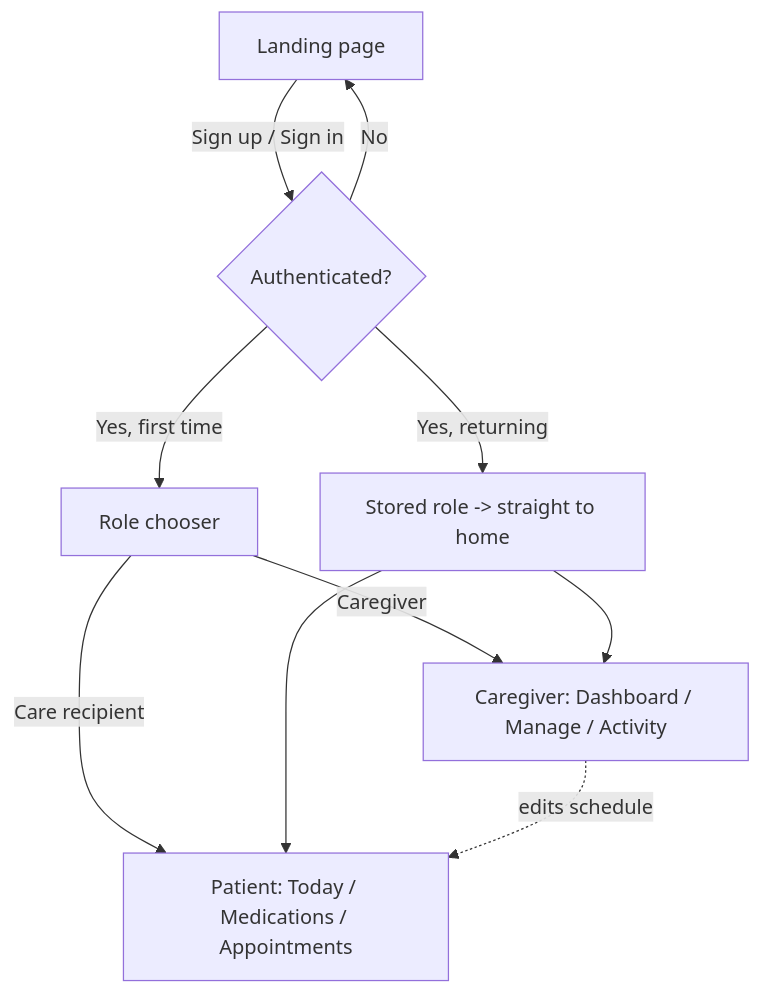
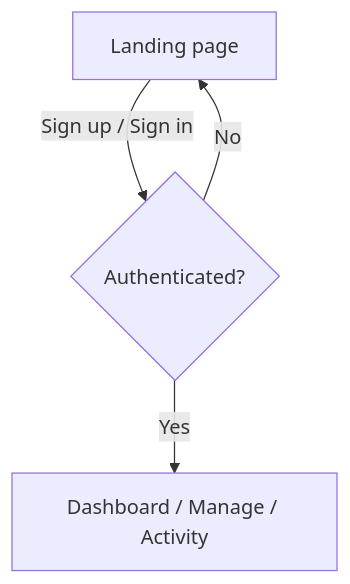
The diagram in web/README.md (LaoWai-Fi/careconnect-swen661-T1), drawn with Mermaid before and after one commit. The commit also changed other lines of this file and 105 other files, not shown here.

````diff
--- a/web/README.md
+++ b/web/README.md
@@ -153,12 +147,6 @@
 ```mermaid
 flowchart TD
     A[Landing page] -->|Sign up / Sign in| B{Authenticated?}
     B -->|No| A
-    B -->|Yes, first time| C[Role chooser]
-    C -->|Care recipient| D[Patient: Today / Medications / Appointments]
-    C -->|Caregiver| E[Caregiver: Dashboard / Manage / Activity]
-    B -->|Yes, returning| F[Stored role -> straight to home]
-    F --> D
-    F --> E
-    E -. edits schedule .-> D
+    B -->|Yes| C[Dashboard / Manage / Activity]
 ```
````
